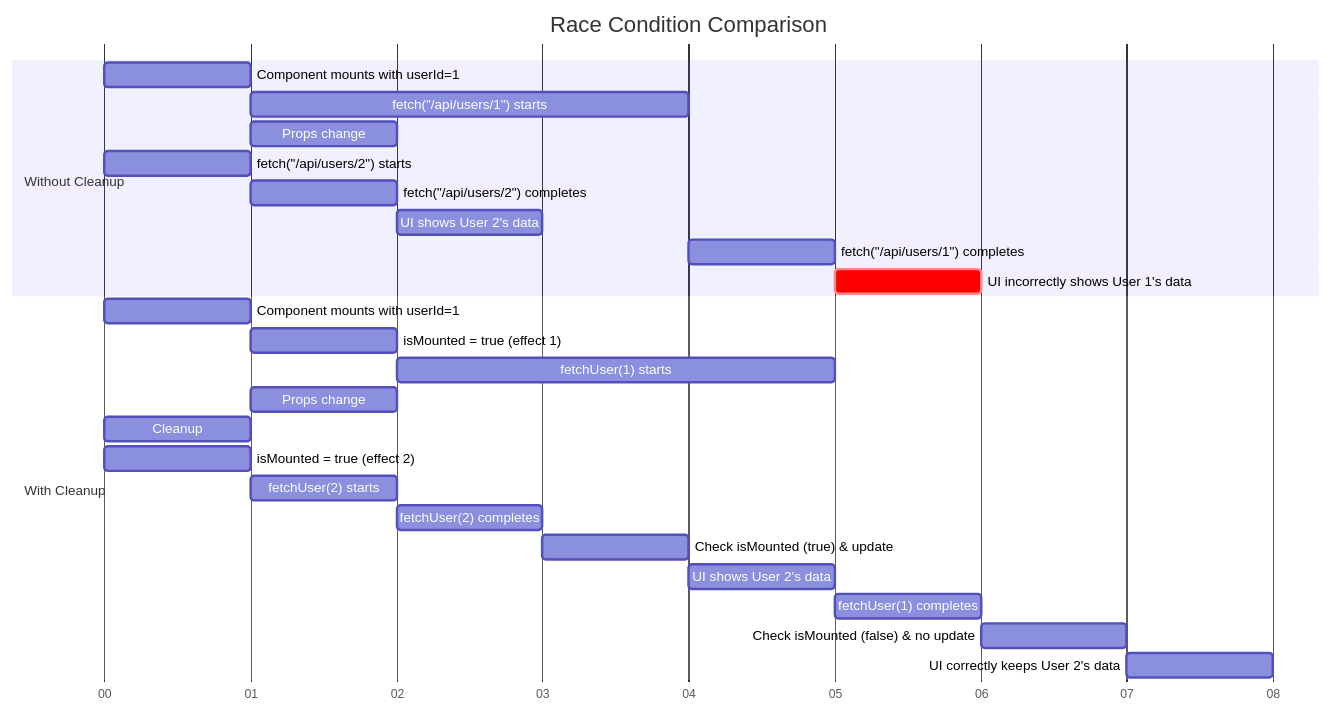
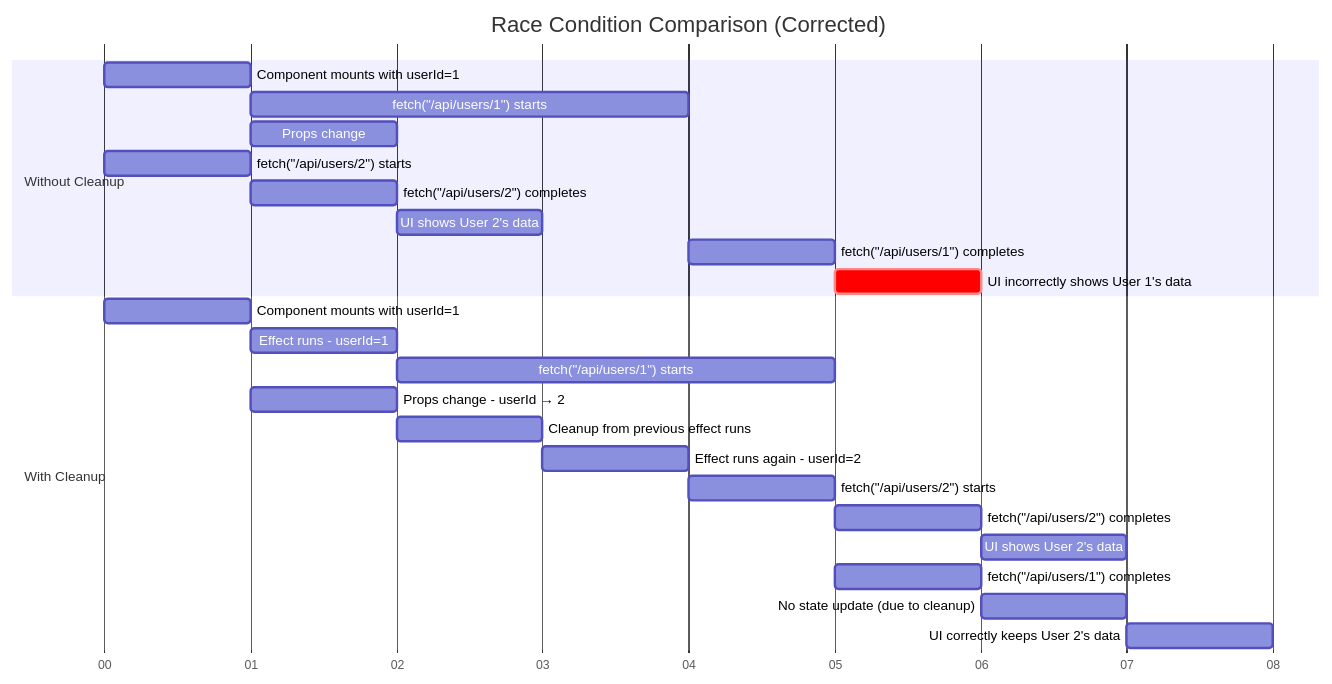
The second of 2 diagrams in README.md (mlongano/react-race-condition-demo), drawn with Mermaid before and after one commit.

Commit message:
fix(docs): correct the Gnatt about race condition

````diff
--- a/README.md
+++ b/README.md
@@ -184,31 +184,30 @@
 ```mermaid
 gantt
-    title Race Condition Comparison
+    title Race Condition Comparison (Corrected)
     dateFormat  s
     axisFormat %S
 
     section Without Cleanup
     Component mounts with userId=1      :a1, 0, 1s
     fetch("/api/users/1") starts        :a2, after a1, 3s
     Props change: userId → 2            :a3, after a1, 1s
     fetch("/api/users/2") starts        :a4, after a3, 1s
     fetch("/api/users/2") completes     :a5, after a4, 1s
     UI shows User 2's data              :a6, after a5, 1s
     fetch("/api/users/1") completes     :a7, after a2, 1s
     UI incorrectly shows User 1's data  :crit, a8, after a7, 1s
 
     section With Cleanup
     Component mounts with userId=1      :b1, 0, 1s
-    isMounted = true (effect 1)         :b2, after b1, 1s
-    fetchUser(1) starts                 :b3, after b2, 3s
-    Props change: userId → 2            :b4, after b1, 1s
-    Cleanup: isMounted = false (effect 1) :b5, after b4, 1s
-    isMounted = true (effect 2)         :b6, after b5, 1s
-    fetchUser(2) starts                 :b7, after b6, 1s
-    fetchUser(2) completes              :b8, after b7, 1s
-    Check isMounted (true) & update     :b9, after b8, 1s
-    UI shows User 2's data              :b10, after b9, 1s
-    fetchUser(1) completes              :b11, after b3, 1s
-    Check isMounted (false) & no update :b12, after b11, 1s
-    UI correctly keeps User 2's data    :b13, after b12, 1s
+    Effect runs - userId=1               :b2, after b1, 1s
+    fetch("/api/users/1") starts        :b3, after b2, 3s
+    Props change - userId → 2            :b4, after b1, 1s
+    Cleanup from previous effect runs   :b5, after b4, 1s
+    Effect runs again - userId=2         :b6, after b5, 1s
+    fetch("/api/users/2") starts        :b7, after b6, 1s
+    fetch("/api/users/2") completes     :b8, after b7, 1s
+    UI shows User 2's data              :b9, after b8, 1s
+    fetch("/api/users/1") completes     :b10, after b3, 1s
+    No state update (due to cleanup)    :b11, after b10, 1s
+    UI correctly keeps User 2's data    :b12, after b11, 1s
 ```
````
